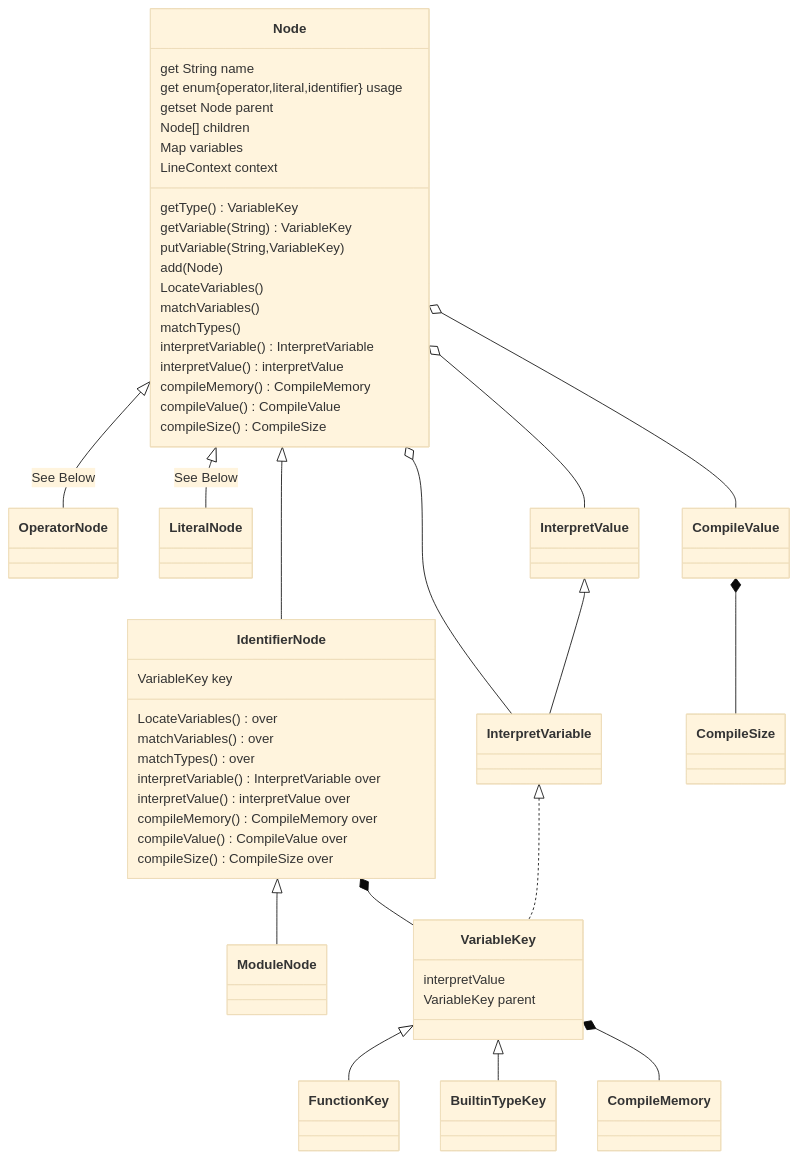
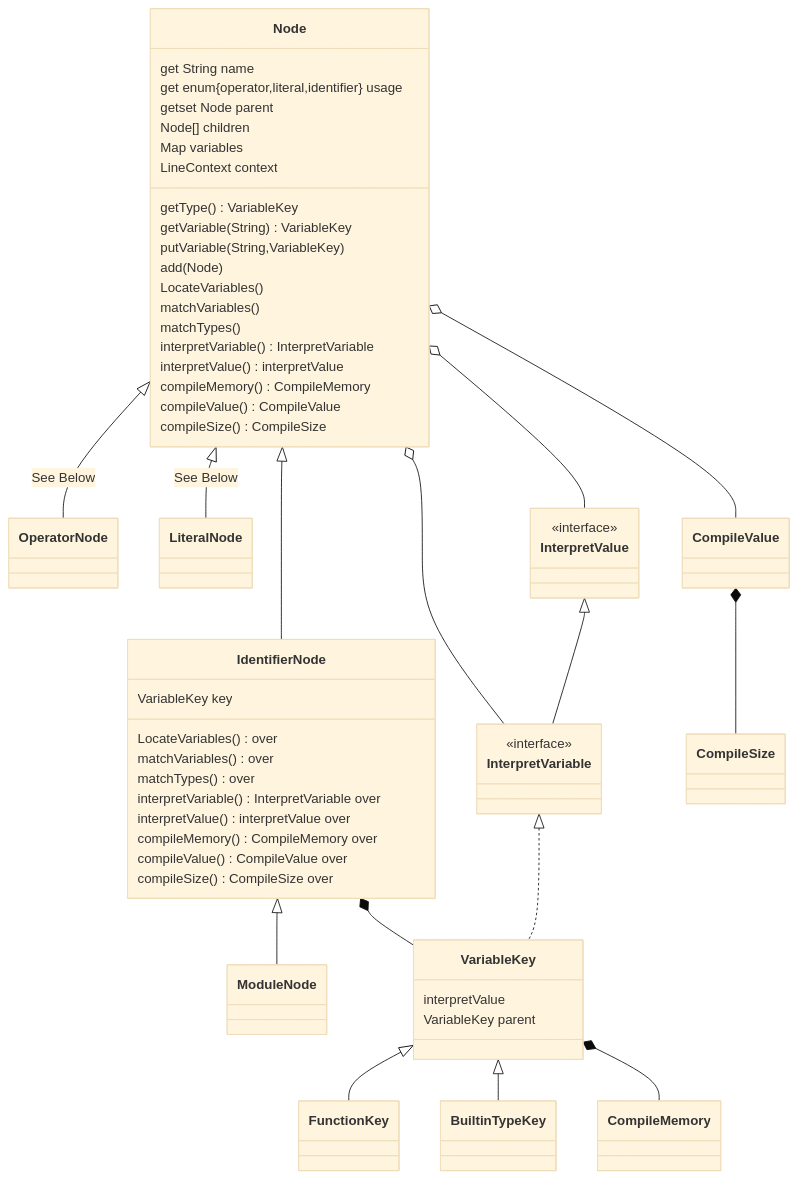
One commit to Jzhyang1/Monomer changed the first of 4 diagrams in README.md. Above: the diagram before and after it, drawn with Mermaid (base theme). The commit also changed other lines of this file, not shown here.

````diff
--- a/README.md
+++ b/README.md
@@ -239,49 +239,52 @@
 ```mermaid
 classDiagram
 Node <|-- OperatorNode: See Below
 Node <|-- LiteralNode: See Below
 Node <|-- IdentifierNode
 Node o-- InterpretVariable
 Node o-- InterpretValue
 IdentifierNode <|-- ModuleNode
 IdentifierNode *-- VariableKey
 VariableKey <|-- FunctionKey
 VariableKey <|-- BuiltinTypeKey
 VariableKey *-- CompileMemory
 InterpretValue <|-- InterpretVariable
 InterpretVariable <|.. VariableKey
 CompileValue *-- CompileSize
 Node o-- CompileValue
 
 Node: get String name
 Node: get enum{operator,literal,identifier} usage
 Node: getset Node parent
 Node: Node[] children
 Node: Map<String, VariableKey> variables
 Node: LineContext context
 Node: getType() VariableKey
 Node: getVariable(String) VariableKey
 Node: putVariable(String,VariableKey)
 Node: add(Node)
 Node: LocateVariables()
 Node: matchVariables()
 Node: matchTypes()
 Node: interpretVariable() InterpretVariable
 Node: interpretValue() interpretValue
 Node: compileMemory() CompileMemory
 Node: compileValue() CompileValue
 Node: compileSize() CompileSize
 
 IdentifierNode: VariableKey key
 IdentifierNode: LocateVariables() over
 IdentifierNode: matchVariables() over
 IdentifierNode: matchTypes() over
 IdentifierNode: interpretVariable() InterpretVariable over
 IdentifierNode: interpretValue() interpretValue over
 IdentifierNode: compileMemory() CompileMemory over
 IdentifierNode: compileValue() CompileValue over
 IdentifierNode: compileSize() CompileSize over
 
+<<interface>> InterpretValue
+<<interface>> InterpretVariable
+
 VariableKey: interpretValue
 VariableKey: VariableKey parent
 ```
````
